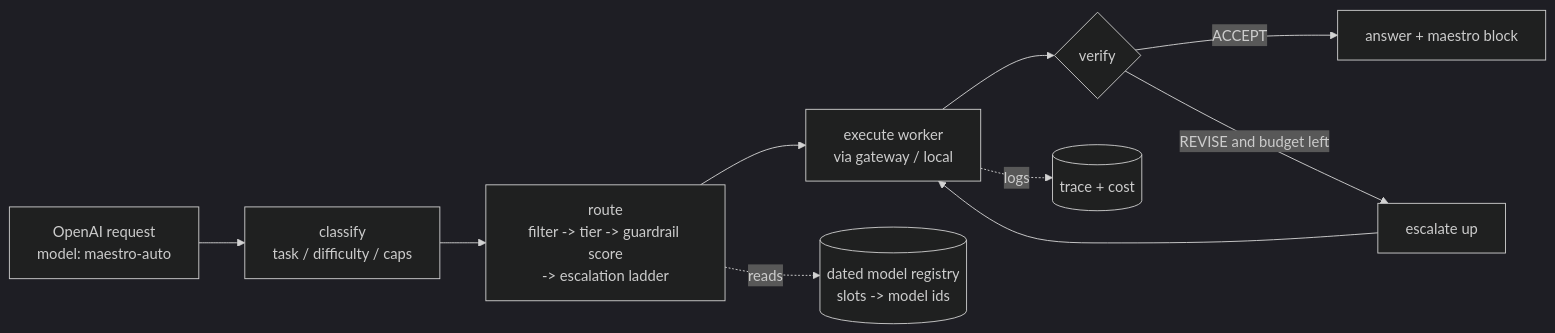
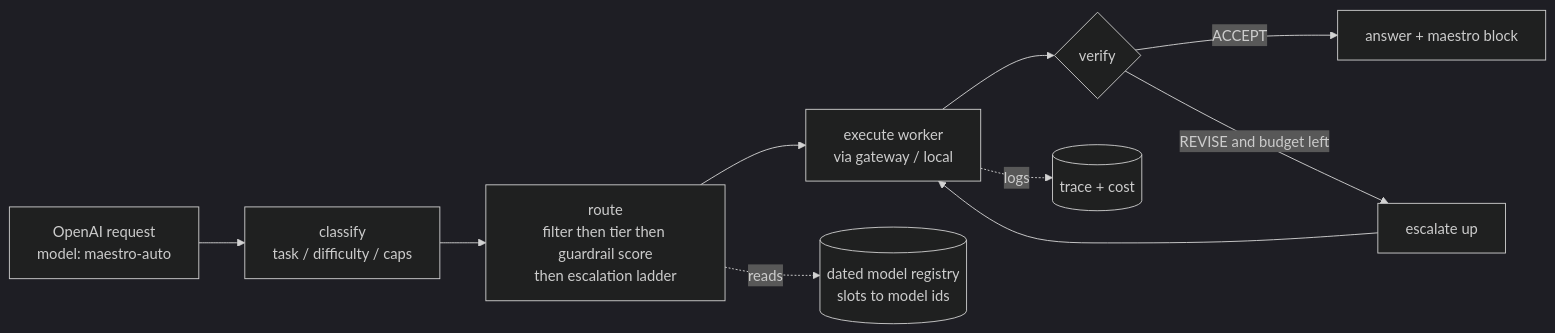
The diagram in README.md (walidboulanouar/maestro), drawn with Mermaid (dark theme) before and after one commit. The commit also changed other lines of this file and 6 other files, not shown here.

First line of the commit message:
docs: README/landing cleanup, early-build note, expanded roadmap, corrected numbers

````diff
--- a/README.md
+++ b/README.md
@@ -118,11 +120,11 @@
 ```mermaid
 flowchart LR
   A[OpenAI request<br/>model: maestro-auto] --> B[classify<br/>task / difficulty / caps]
-  B --> C[route<br/>filter -> tier -> guardrail score<br/>-> escalation ladder]
+  B --> C[route<br/>filter then tier then guardrail score<br/>then escalation ladder]
   C --> D[execute worker<br/>via gateway / local]
   D --> E{verify}
   E -- ACCEPT --> F[answer + maestro block]
   E -- REVISE and budget left --> G[escalate up] --> D
-  C -. reads .-> R[(dated model registry<br/>slots -> model ids)]
+  C -. reads .-> R[(dated model registry<br/>slots to model ids)]
   D -. logs .-> T[(trace + cost)]
 ```
````
